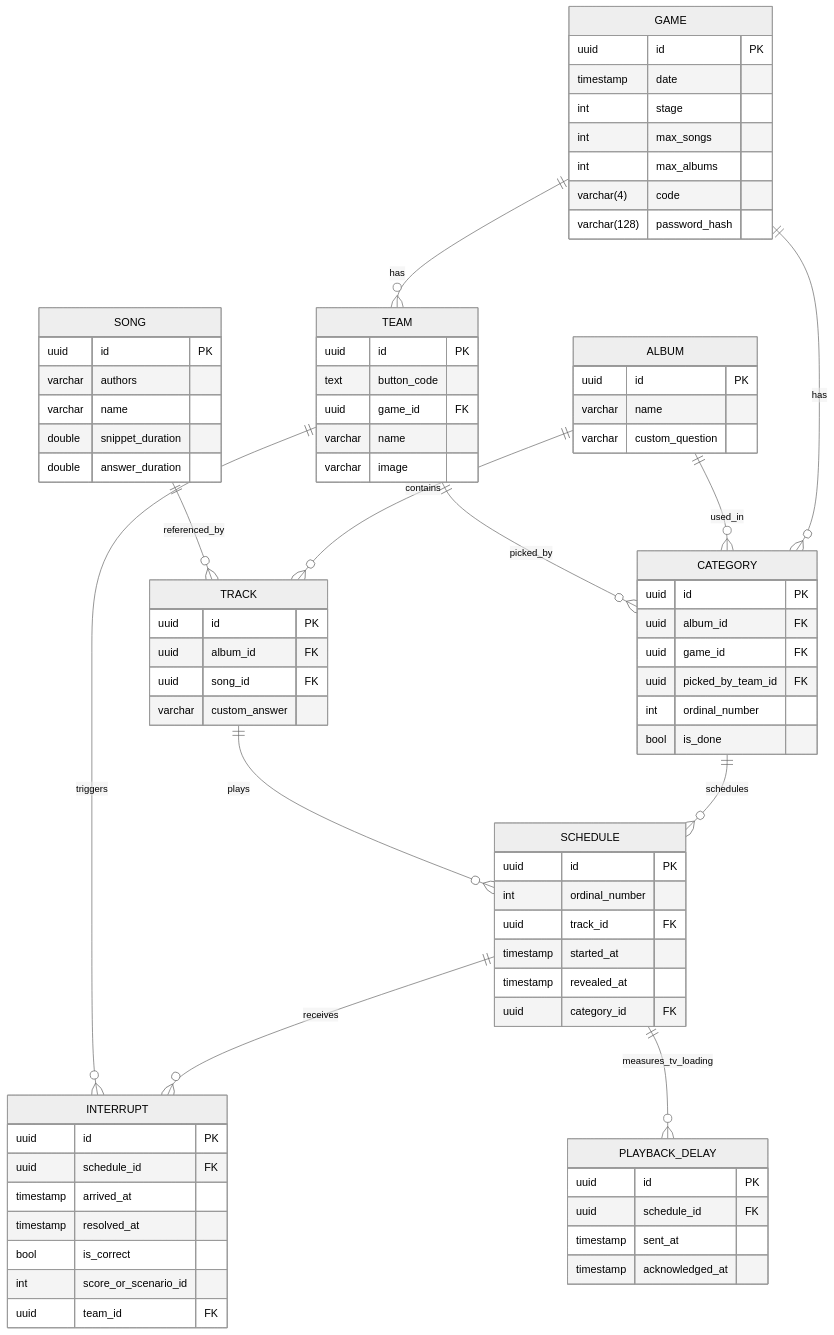
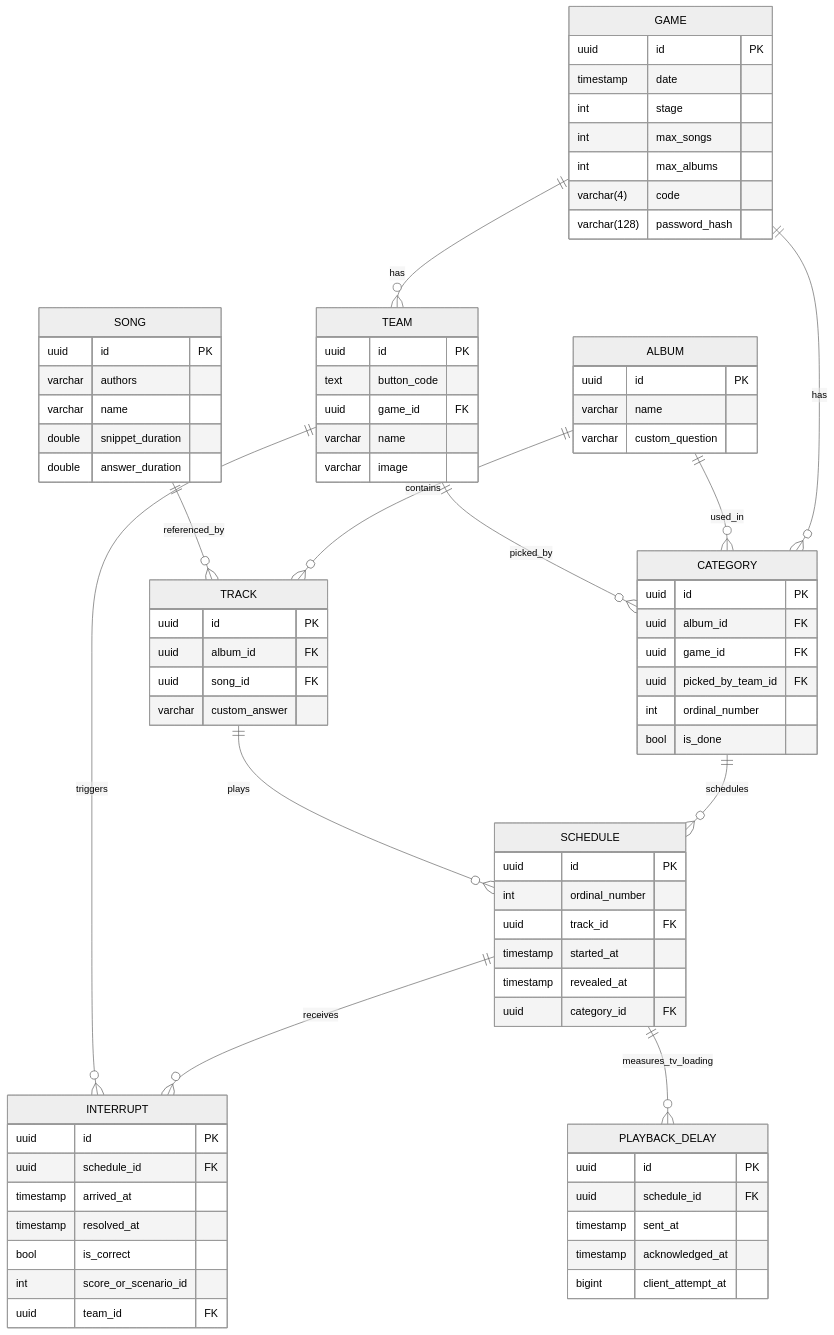
Before and after one commit to Joohnyde/rhythmic-riddles: the diagram in docs/developer-guide/database.md, drawn with Mermaid (neutral theme). The commit also changed other lines of this file and 26 other files, not shown here.

```diff
--- a/docs/developer-guide/database.md
+++ b/docs/developer-guide/database.md
@@ -162,6 +162,7 @@
     uuid schedule_id FK
     timestamp sent_at
     timestamp acknowledged_at
+    bigint client_attempt_at
   }
 
   INTERRUPT {
```
